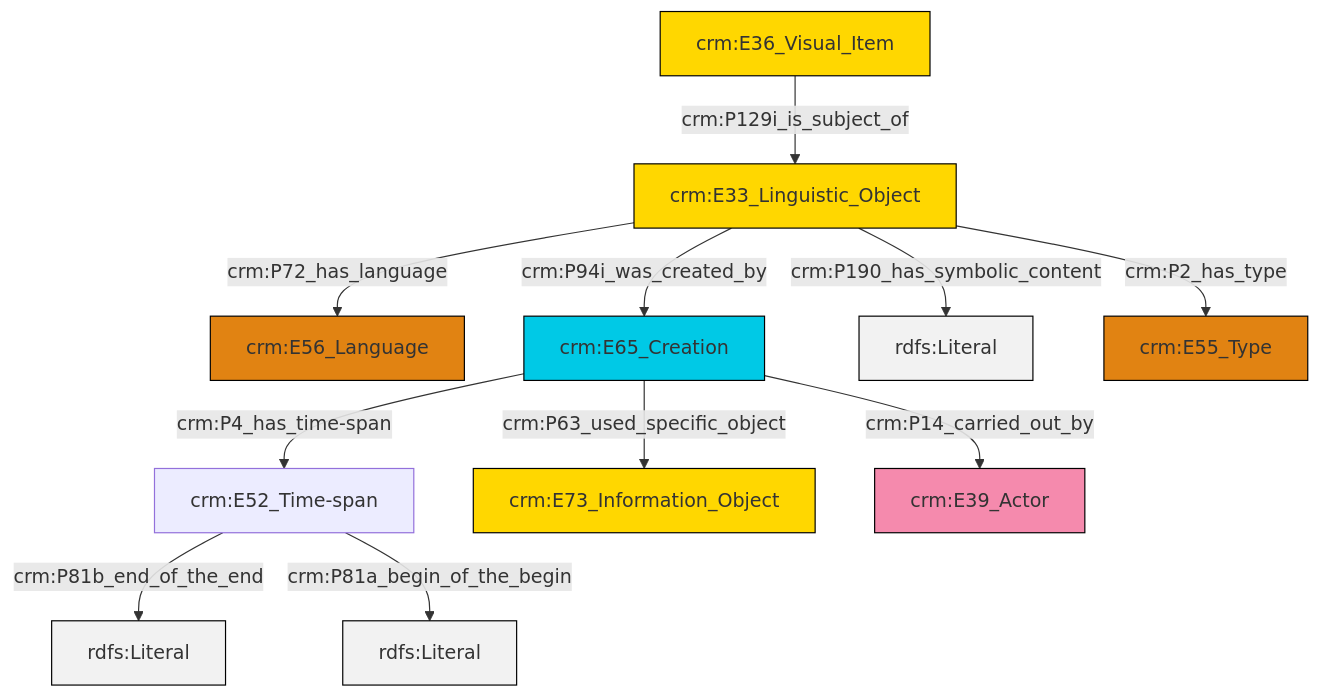
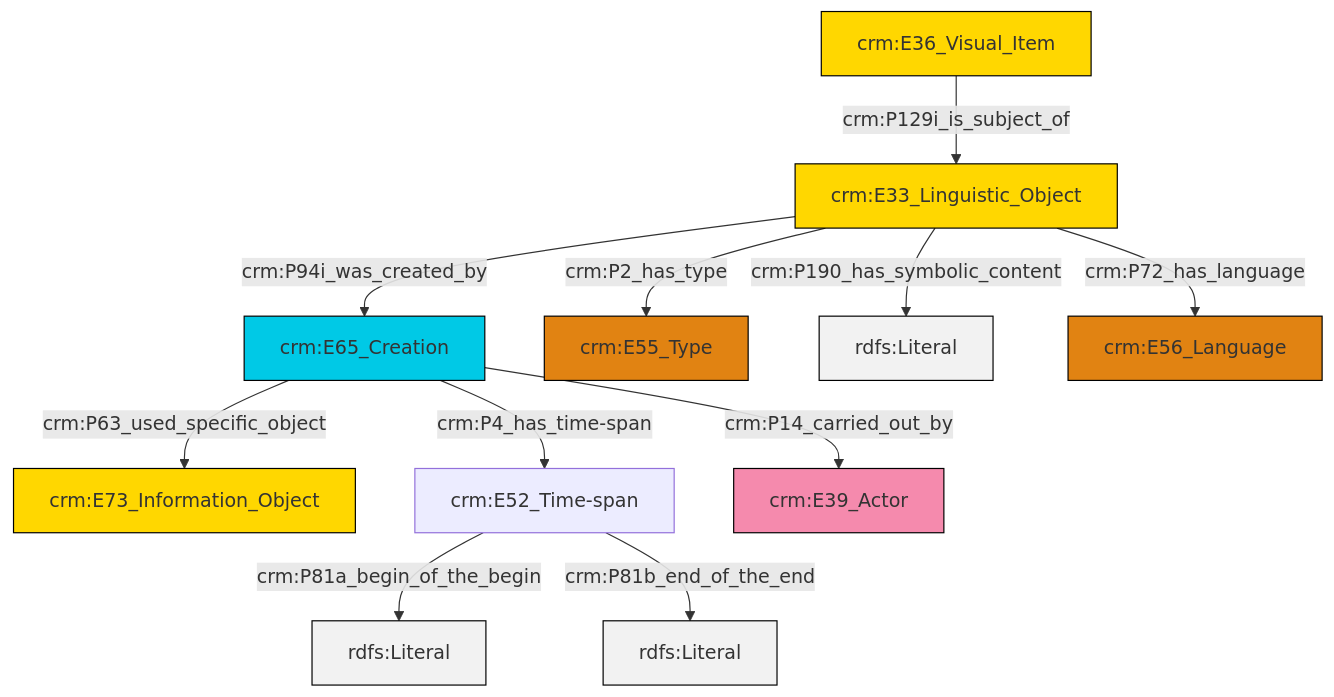
The diagram in et/imgCSV/ttl/mmd/img_desc.ttl.mmd (swiss-art-research-net/docs.swissartresearch), drawn with Mermaid before and after one commit. The commit also changed 177 other files, not shown here.

```diff
--- a/et/imgCSV/ttl/mmd/img_desc.ttl.mmd
+++ b/et/imgCSV/ttl/mmd/img_desc.ttl.mmd
@@ -1,25 +1,25 @@
 graph TD
 classDef Literal fill:#f2f2f2,stroke:#000000;
 classDef CRM_Entity fill:#FFFFFF,stroke:#000000;
 classDef Temporal_Entity fill:#00C9E6, stroke:#000000;
 classDef Type fill:#E18312, stroke:#000000;
 classDef Time-Span fill:#2C9C91, stroke:#000000;
 classDef Appellation fill:#FFEB7F, stroke:#000000;
 classDef Place fill:#008836, stroke:#000000;
 classDef Persistent_Item fill:#B266B2, stroke:#000000;
 classDef Conceptual_Object fill:#FFD700, stroke:#000000;
 classDef Physical_Thing fill:#D2B48C, stroke:#000000;
 classDef Actor fill:#f58aad, stroke:#000000;
 classDef PC_Classes fill:#4ce600, stroke:#000000;
 classDef Multi fill:#cccccc,stroke:#000000;
 
-0["crm:E33_Linguistic_Object"]:::Conceptual_Object -->|crm:P72_has_language| 1["crm:E56_Language"]:::Type
-0["crm:E33_Linguistic_Object"]:::Conceptual_Object -->|crm:P190_has_symbolic_content| 12[rdfs:Literal]:::Literal
-6["crm:E65_Creation"]:::Temporal_Entity -->|crm:P63_used_specific_object| 8["crm:E73_Information_Object"]:::Conceptual_Object
-2["crm:E36_Visual_Item"]:::Conceptual_Object -->|crm:P129i_is_subject_of| 0["crm:E33_Linguistic_Object"]:::Conceptual_Object
-0["crm:E33_Linguistic_Object"]:::Conceptual_Object -->|crm:P94i_was_created_by| 6["crm:E65_Creation"]:::Temporal_Entity
-4["crm:E52_Time-span"]:::Default -->|crm:P81b_end_of_the_end| 13[rdfs:Literal]:::Literal
-0["crm:E33_Linguistic_Object"]:::Conceptual_Object -->|crm:P2_has_type| 14["crm:E55_Type"]:::Type
-6["crm:E65_Creation"]:::Temporal_Entity -->|crm:P14_carried_out_by| 10["crm:E39_Actor"]:::Actor
-6["crm:E65_Creation"]:::Temporal_Entity -->|crm:P4_has_time-span| 4["crm:E52_Time-span"]:::Default
-4["crm:E52_Time-span"]:::Default -->|crm:P81a_begin_of_the_begin| 18[rdfs:Literal]:::Literal
+2["crm:E65_Creation"]:::Temporal_Entity -->|crm:P63_used_specific_object| 3["crm:E73_Information_Object"]:::Conceptual_Object
+6["crm:E33_Linguistic_Object"]:::Conceptual_Object -->|crm:P2_has_type| 7["crm:E55_Type"]:::Type
+2["crm:E65_Creation"]:::Temporal_Entity -->|crm:P4_has_time-span| 4["crm:E52_Time-span"]:::Default
+0["crm:E36_Visual_Item"]:::Conceptual_Object -->|crm:P129i_is_subject_of| 6["crm:E33_Linguistic_Object"]:::Conceptual_Object
+6["crm:E33_Linguistic_Object"]:::Conceptual_Object -->|crm:P190_has_symbolic_content| 10[rdfs:Literal]:::Literal
+6["crm:E33_Linguistic_Object"]:::Conceptual_Object -->|crm:P94i_was_created_by| 2["crm:E65_Creation"]:::Temporal_Entity
+6["crm:E33_Linguistic_Object"]:::Conceptual_Object -->|crm:P72_has_language| 14["crm:E56_Language"]:::Type
+4["crm:E52_Time-span"]:::Default -->|crm:P81a_begin_of_the_begin| 17[rdfs:Literal]:::Literal
+2["crm:E65_Creation"]:::Temporal_Entity -->|crm:P14_carried_out_by| 11["crm:E39_Actor"]:::Actor
+4["crm:E52_Time-span"]:::Default -->|crm:P81b_end_of_the_end| 18[rdfs:Literal]:::Literal
```
